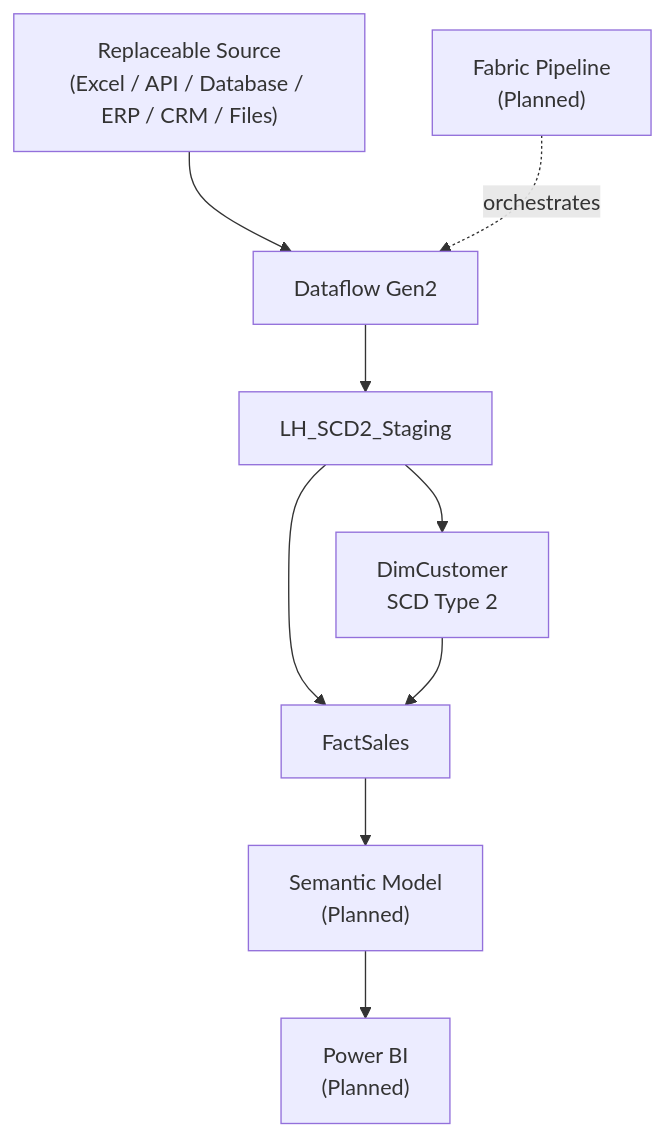
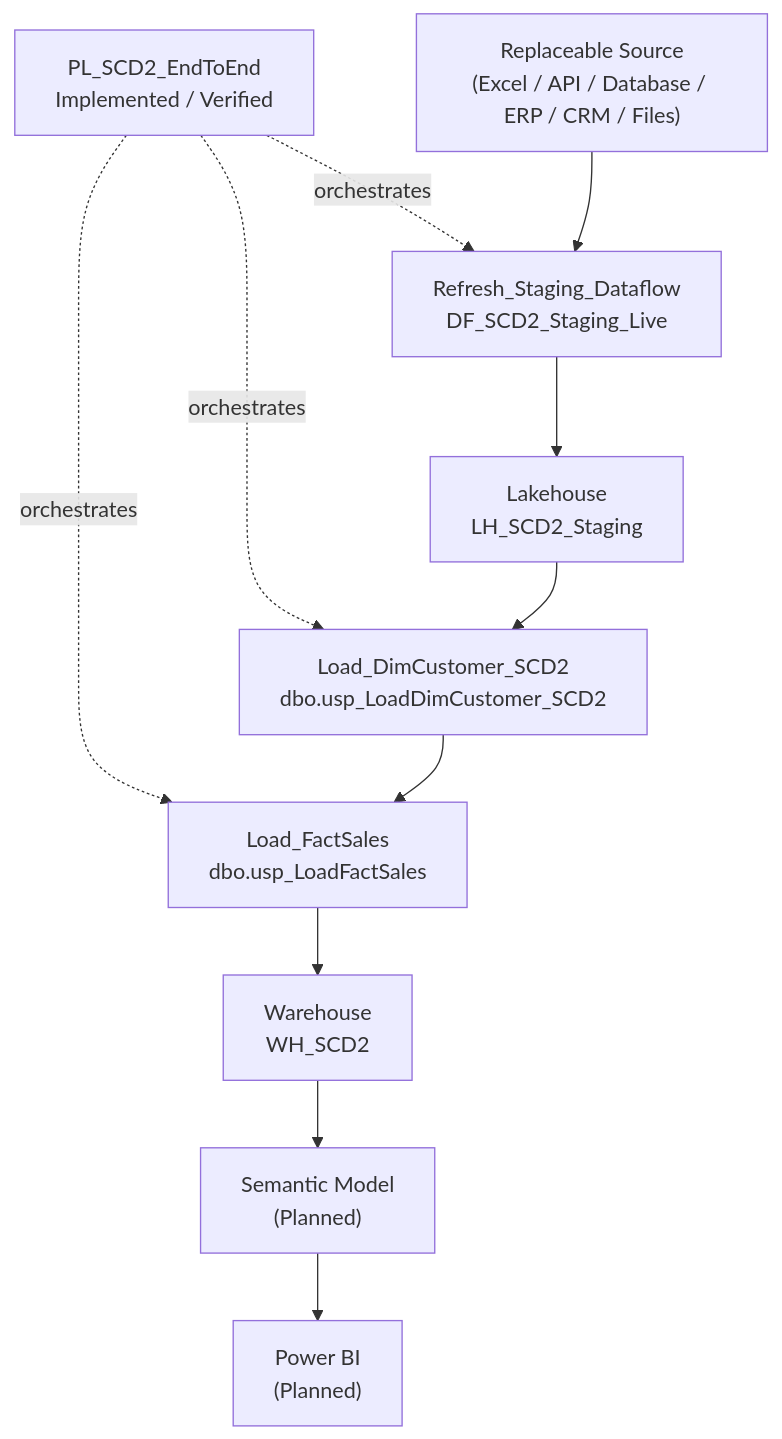
One commit to DJ8052/fabric-scd2-customer-history changed the diagram in docs/solution-architecture.md. Above: the diagram before and after it, drawn with Mermaid. The commit also changed other lines of this file and 9 other files, not shown here.

Commit message:
feat: implement end-to-end Fabric pipeline orchestration

````diff
--- a/docs/solution-architecture.md
+++ b/docs/solution-architecture.md
@@ -11,20 +11,23 @@
 ```mermaid
 flowchart TD
-    OperationalSource["Replaceable Source<br/>(Excel / API / Database / ERP / CRM / Files)"]
-    DF["Dataflow Gen2"]
-    LH["LH_SCD2_Staging"]
-    DIM["DimCustomer<br/>SCD Type 2"]
-    FACT["FactSales"]
-    PIPE["Fabric Pipeline<br/>(Planned)"]
+    SOURCE["Replaceable Source<br/>(Excel / API / Database / ERP / CRM / Files)"]
+    PIPE["PL_SCD2_EndToEnd<br/>Implemented / Verified"]
+    DF["Refresh_Staging_Dataflow<br/>DF_SCD2_Staging_Live"]
+    LH["Lakehouse<br/>LH_SCD2_Staging"]
+    DIM["Load_DimCustomer_SCD2<br/>dbo.usp_LoadDimCustomer_SCD2"]
+    FACT["Load_FactSales<br/>dbo.usp_LoadFactSales"]
+    WH["Warehouse<br/>WH_SCD2"]
     SEM["Semantic Model<br/>(Planned)"]
     PBI["Power BI<br/>(Planned)"]
 
-    OperationalSource --> DF
+    PIPE -. orchestrates .-> DF
+    PIPE -. orchestrates .-> DIM
+    PIPE -. orchestrates .-> FACT
+    SOURCE --> DF
     DF --> LH
     LH --> DIM
-    LH --> FACT
     DIM --> FACT
-    PIPE -. orchestrates .-> DF
-    FACT --> SEM
+    FACT --> WH
+    WH --> SEM
     SEM --> PBI
 ```
````
